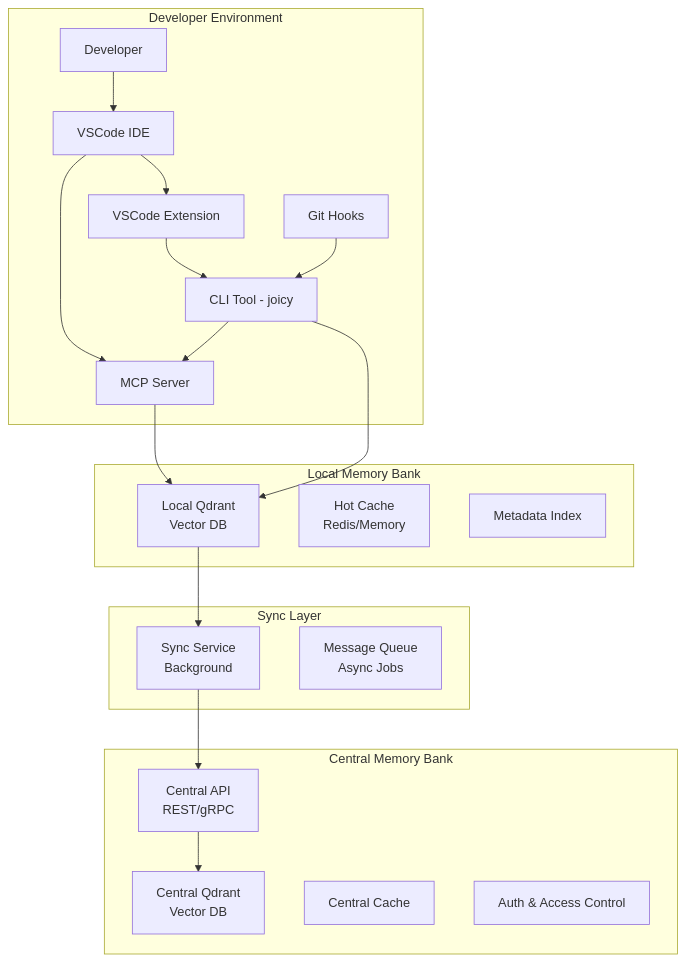
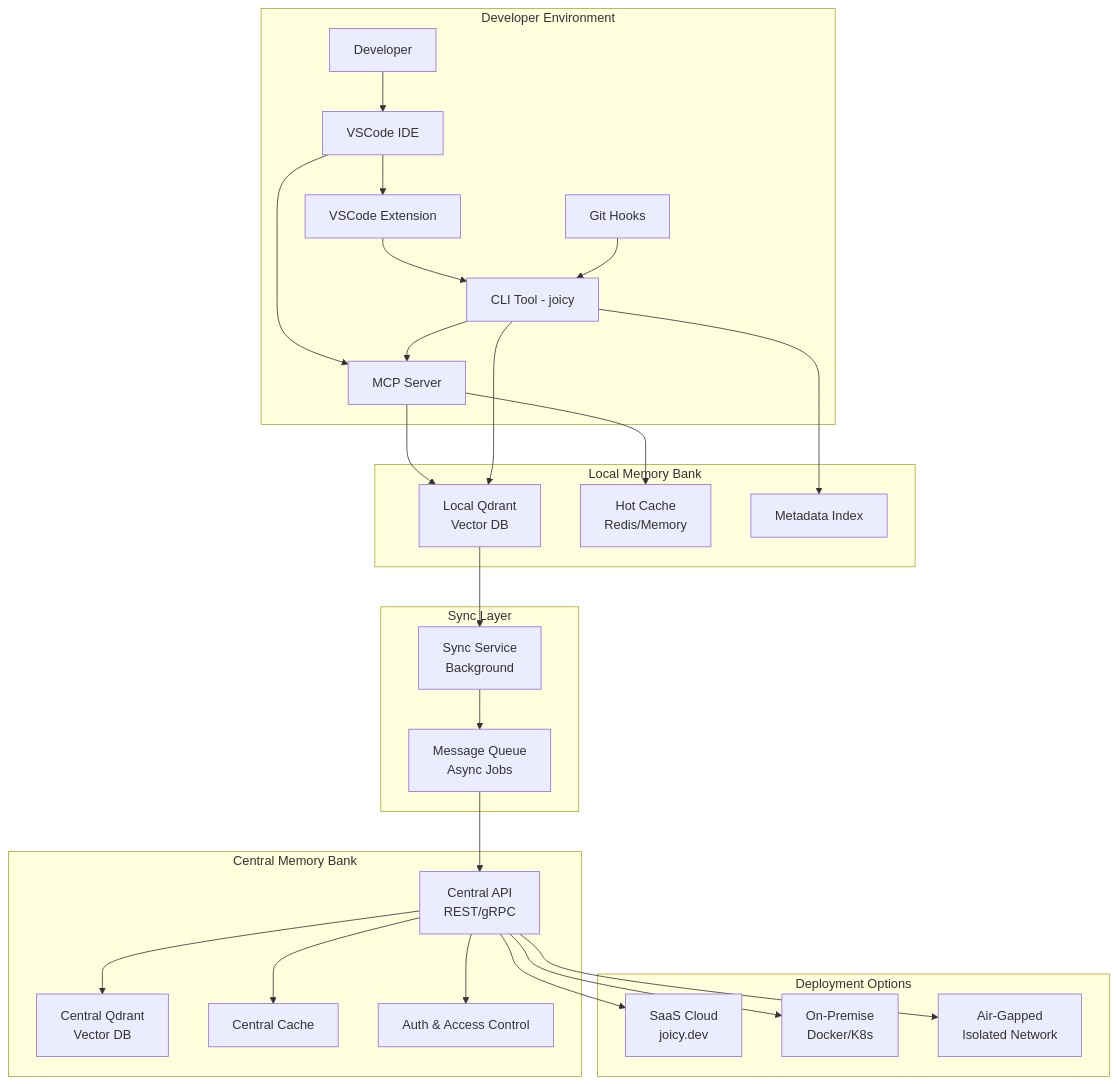
Before and after one commit to DmarshalTU/Joicy: the first of 10 diagrams in README.md, drawn with Mermaid. The commit also changed other lines of this file, not shown here.

````diff
--- a/README.md
+++ b/README.md
@@ -190,42 +191,57 @@
 ```mermaid
 graph TB
     subgraph "Developer Environment"
         DEV[Developer]
         VSC[VSCode IDE]
         EXT[VSCode Extension]
         CLI[CLI Tool - joicy]
         MCP[MCP Server]
         GIT[Git Hooks]
     end
 
     subgraph "Local Memory Bank"
         LOCAL_Q[Local Qdrant<br/>Vector DB]
         LOCAL_CACHE[Hot Cache<br/>Redis/Memory]
         LOCAL_INDEX[Metadata Index]
     end
 
     subgraph "Sync Layer"
         SYNC[Sync Service<br/>Background]
         QUEUE[Message Queue<br/>Async Jobs]
     end
 
     subgraph "Central Memory Bank"
         CENTRAL_API[Central API<br/>REST/gRPC]
         CENTRAL_Q[Central Qdrant<br/>Vector DB]
         CENTRAL_CACHE[Central Cache]
         AUTH[Auth & Access Control]
     end
 
+    subgraph "Deployment Options"
+        SAAS[SaaS Cloud<br/>joicy.dev]
+        ONSITE[On-Premise<br/>Docker/K8s]
+        AIRGAP[Air-Gapped<br/>Isolated Network]
+    end
+
     DEV --> VSC
     VSC --> EXT
     VSC --> MCP
     EXT --> CLI
     CLI --> MCP
     MCP --> LOCAL_Q
+    MCP --> LOCAL_CACHE
     GIT --> CLI
     CLI --> LOCAL_Q
+    CLI --> LOCAL_INDEX
     
     LOCAL_Q --> SYNC
-    SYNC --> CENTRAL_API
+    SYNC --> QUEUE
+    QUEUE --> CENTRAL_API
+    CENTRAL_API --> AUTH
     CENTRAL_API --> CENTRAL_Q
+    CENTRAL_API --> CENTRAL_CACHE
+    
+    CENTRAL_API --> SAAS
+    CENTRAL_API --> ONSITE
+    CENTRAL_API --> AIRGAP
 ```
````
